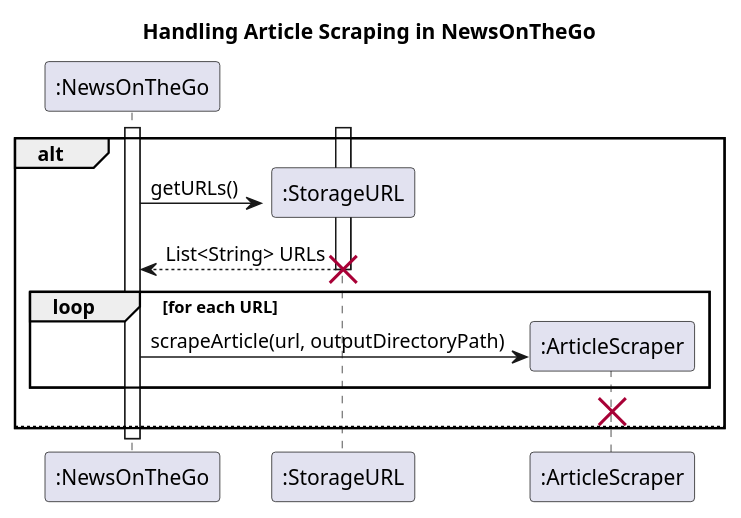
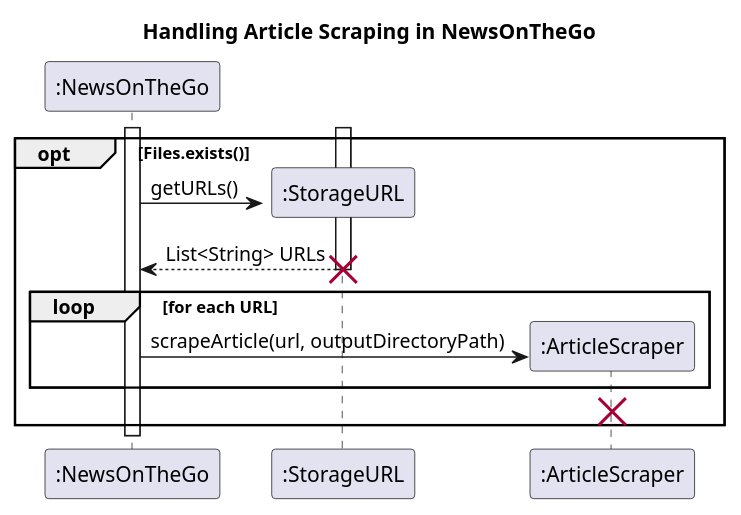
One commit to AhmedShaiyan/tp changed the diagram in docs/UML_Diagrams/ArticleScraperSequence.puml. Above: the diagram before and after it, drawn with PlantUML. The commit also changed 3 other files, not shown here.

```diff
--- a/docs/UML_Diagrams/ArticleScraperSequence.puml
+++ b/docs/UML_Diagrams/ArticleScraperSequence.puml
@@ -1,32 +1,30 @@
 @startuml
 title Handling Article Scraping in NewsOnTheGo
 
 create ":NewsOnTheGo"
 activate ":NewsOnTheGo"
 
- alt
+ opt Files.exists()
 
     ' If the file does not exist or is empty
     create ":StorageURL"
     activate ":StorageURL"
 
     ' NewsOnTheGo requests a list of URLs from StorageURL
     ":NewsOnTheGo" -> ":StorageURL" : getURLs()
     ":StorageURL" --> ":NewsOnTheGo" : List<String> URLs
     destroy ":StorageURL"
 
     ' Create an instance of ArticleScraper for scraping articles
     create ":ArticleScraper"
 
     ' Loop through each URL in the list and scrape articles
     loop for each URL
         ":NewsOnTheGo" -> ":ArticleScraper" : scrapeArticle(url, outputDirectoryPath)
     end
     destroy ":ArticleScraper"
 
-else
-
 end
 
 deactivate ":NewsOnTheGo"
 @enduml
```
